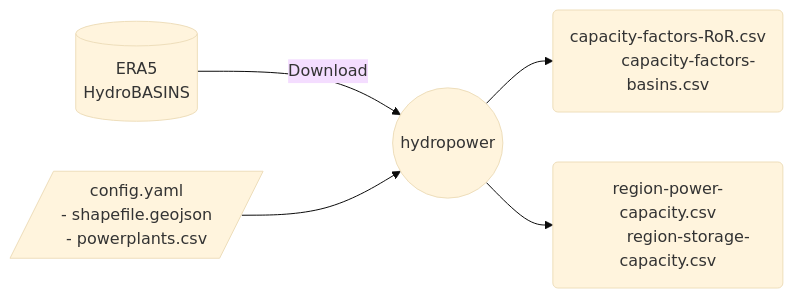
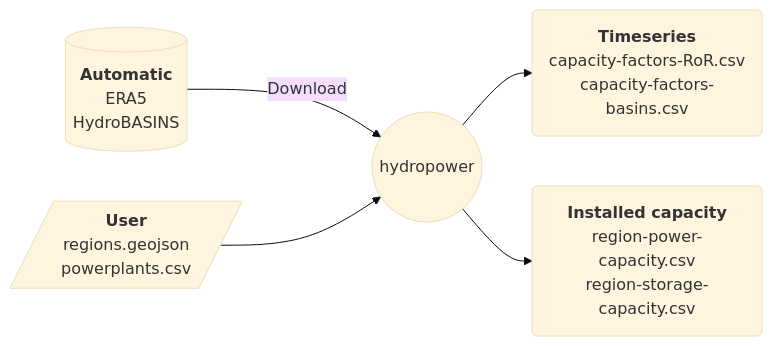
Before and after one commit to calliope-project/ec_modules: the diagram in docs/user_guide/modules.md, drawn with Mermaid (base theme). The commit also changed other lines of this file and 14 other files, not shown here.

Commit message:
Separate resources into user and automatic.

````diff
--- a/docs/user_guide/modules.md
+++ b/docs/user_guide/modules.md
@@ -33,20 +40,19 @@
     ```mermaid
     flowchart LR
-        id1[("
+        id1[("`**Automatic**
             ERA5
             HydroBASINS
-        ")] --> |Download| M
-        C[/"
-            config.yaml
-            - shapefile.geojson
-            - powerplants.csv
-        "/] -->M((hydropower))
-        M --> O1("
+        `")] --> |Download| M
+        C[/"`**User**
+            regions.geojson
+            powerplants.csv
+        `"/] -->M((hydropower))
+        M --> O1("`**Timeseries**
             capacity-factors-RoR.csv
             capacity-factors-basins.csv
-            ")
-        M --> O2("
+            `")
+        M --> O2("`**Installed capacity**
             region-power-capacity.csv
             region-storage-capacity.csv
-            ")
+            `")
     ```
````
